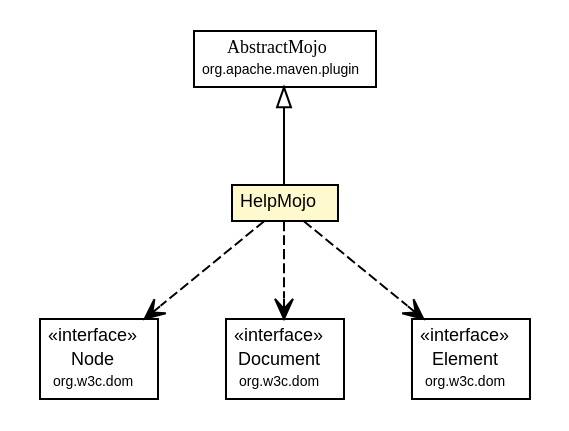
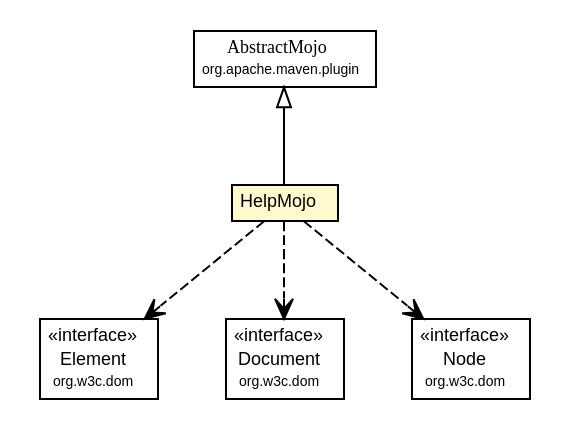
One commit to scoverage/scoverage-maven-plugin changed the diagram in 1.2.0-SNAPSHOT/apidocs/org/scoverage/plugin/HelpMojo.dot. Above: the diagram before and after it, drawn with Graphviz. The commit also changed 84 other files, not shown here.

```diff
--- a/1.2.0-SNAPSHOT/apidocs/org/scoverage/plugin/HelpMojo.dot
+++ b/1.2.0-SNAPSHOT/apidocs/org/scoverage/plugin/HelpMojo.dot
@@ -1,57 +1,57 @@
 #!/usr/local/bin/dot
 #
 # Class diagram 
 # Generated by UMLGraph version R5_6-24-gf6e263 (http://www.umlgraph.org/)
 #
 
 digraph G {
 	edge [fontname="arial",fontsize=10,labelfontname="arial",labelfontsize=10];
 	node [fontname="arial",fontsize=10,shape=plaintext];
 	nodesep=0.25;
 	ranksep=0.5;
 	// org.scoverage.plugin.HelpMojo
-	c18 [label=<<table title="org.scoverage.plugin.HelpMojo" border="0" cellborder="1" cellspacing="0" cellpadding="2" port="p" bgcolor="lemonChiffon" href="./HelpMojo.html">
+	c19 [label=<<table title="org.scoverage.plugin.HelpMojo" border="0" cellborder="1" cellspacing="0" cellpadding="2" port="p" bgcolor="lemonChiffon" href="./HelpMojo.html">
 		<tr><td><table border="0" cellspacing="0" cellpadding="1">
 <tr><td align="center" balign="center"> HelpMojo </td></tr>
 		</table></td></tr>
 		</table>>, URL="./HelpMojo.html", fontname="arial", fontcolor="black", fontsize=9.0];
 	//org.scoverage.plugin.HelpMojo extends org.apache.maven.plugin.AbstractMojo
-	c53:p -> c18:p [dir=back,arrowtail=empty];
+	c56:p -> c19:p [dir=back,arrowtail=empty];
+	// org.scoverage.plugin.HelpMojo DEPEND org.w3c.dom.Element
+	c19:p -> c57:p [taillabel="", label="", headlabel="", fontname="arial", fontcolor="black", fontsize=10.0, color="black", arrowhead=open, style=dashed];
+	// org.scoverage.plugin.HelpMojo DEPEND org.w3c.dom.Document
+	c19:p -> c58:p [taillabel="", label="", headlabel="", fontname="arial", fontcolor="black", fontsize=10.0, color="black", arrowhead=open, style=dashed];
 	// org.scoverage.plugin.HelpMojo DEPEND org.w3c.dom.Node
-	c18:p -> c55:p [taillabel="", label="", headlabel="", fontname="arial", fontcolor="black", fontsize=10.0, color="black", arrowhead=open, style=dashed];
-	// org.scoverage.plugin.HelpMojo DEPEND org.w3c.dom.Document
-	c18:p -> c56:p [taillabel="", label="", headlabel="", fontname="arial", fontcolor="black", fontsize=10.0, color="black", arrowhead=open, style=dashed];
-	// org.scoverage.plugin.HelpMojo DEPEND org.w3c.dom.Element
-	c18:p -> c57:p [taillabel="", label="", headlabel="", fontname="arial", fontcolor="black", fontsize=10.0, color="black", arrowhead=open, style=dashed];
+	c19:p -> c60:p [taillabel="", label="", headlabel="", fontname="arial", fontcolor="black", fontsize=10.0, color="black", arrowhead=open, style=dashed];
 	// org.w3c.dom.Element
 	c57 [label=<<table title="org.w3c.dom.Element" border="0" cellborder="1" cellspacing="0" cellpadding="2" port="p" href="http://docs.oracle.com/javase/1.6.0/docs/api/org/w3c/dom/Element.html">
 		<tr><td><table border="0" cellspacing="0" cellpadding="1">
 <tr><td align="center" balign="center"> &#171;interface&#187; </td></tr>
 <tr><td align="center" balign="center"> Element </td></tr>
 <tr><td align="center" balign="center"><font point-size="7.0"> org.w3c.dom </font></td></tr>
 		</table></td></tr>
 		</table>>, URL="http://docs.oracle.com/javase/1.6.0/docs/api/org/w3c/dom/Element.html", fontname="arial", fontcolor="black", fontsize=9.0];
 	// org.w3c.dom.Document
-	c56 [label=<<table title="org.w3c.dom.Document" border="0" cellborder="1" cellspacing="0" cellpadding="2" port="p" href="http://docs.oracle.com/javase/1.6.0/docs/api/org/w3c/dom/Document.html">
+	c58 [label=<<table title="org.w3c.dom.Document" border="0" cellborder="1" cellspacing="0" cellpadding="2" port="p" href="http://docs.oracle.com/javase/1.6.0/docs/api/org/w3c/dom/Document.html">
 		<tr><td><table border="0" cellspacing="0" cellpadding="1">
 <tr><td align="center" balign="center"> &#171;interface&#187; </td></tr>
 <tr><td align="center" balign="center"> Document </td></tr>
 <tr><td align="center" balign="center"><font point-size="7.0"> org.w3c.dom </font></td></tr>
 		</table></td></tr>
 		</table>>, URL="http://docs.oracle.com/javase/1.6.0/docs/api/org/w3c/dom/Document.html", fontname="arial", fontcolor="black", fontsize=9.0];
 	// org.w3c.dom.Node
-	c55 [label=<<table title="org.w3c.dom.Node" border="0" cellborder="1" cellspacing="0" cellpadding="2" port="p" href="http://docs.oracle.com/javase/1.6.0/docs/api/org/w3c/dom/Node.html">
+	c60 [label=<<table title="org.w3c.dom.Node" border="0" cellborder="1" cellspacing="0" cellpadding="2" port="p" href="http://docs.oracle.com/javase/1.6.0/docs/api/org/w3c/dom/Node.html">
 		<tr><td><table border="0" cellspacing="0" cellpadding="1">
 <tr><td align="center" balign="center"> &#171;interface&#187; </td></tr>
 <tr><td align="center" balign="center"> Node </td></tr>
 <tr><td align="center" balign="center"><font point-size="7.0"> org.w3c.dom </font></td></tr>
 		</table></td></tr>
 		</table>>, URL="http://docs.oracle.com/javase/1.6.0/docs/api/org/w3c/dom/Node.html", fontname="arial", fontcolor="black", fontsize=9.0];
 	// org.apache.maven.plugin.AbstractMojo
-	c53 [label=<<table title="org.apache.maven.plugin.AbstractMojo" border="0" cellborder="1" cellspacing="0" cellpadding="2" port="p" href="http://maven.apache.org/ref/2.2.1/maven-plugin-api/apidocs/org/apache/maven/plugin/AbstractMojo.html">
+	c56 [label=<<table title="org.apache.maven.plugin.AbstractMojo" border="0" cellborder="1" cellspacing="0" cellpadding="2" port="p" href="http://maven.apache.org/ref/2.2.1/maven-plugin-api/apidocs/org/apache/maven/plugin/AbstractMojo.html">
 		<tr><td><table border="0" cellspacing="0" cellpadding="1">
 <tr><td align="center" balign="center"><font face="arial italic"> AbstractMojo </font></td></tr>
 <tr><td align="center" balign="center"><font point-size="7.0"> org.apache.maven.plugin </font></td></tr>
 		</table></td></tr>
 		</table>>, URL="http://maven.apache.org/ref/2.2.1/maven-plugin-api/apidocs/org/apache/maven/plugin/AbstractMojo.html", fontname="arial", fontcolor="black", fontsize=9.0];
 }
```
